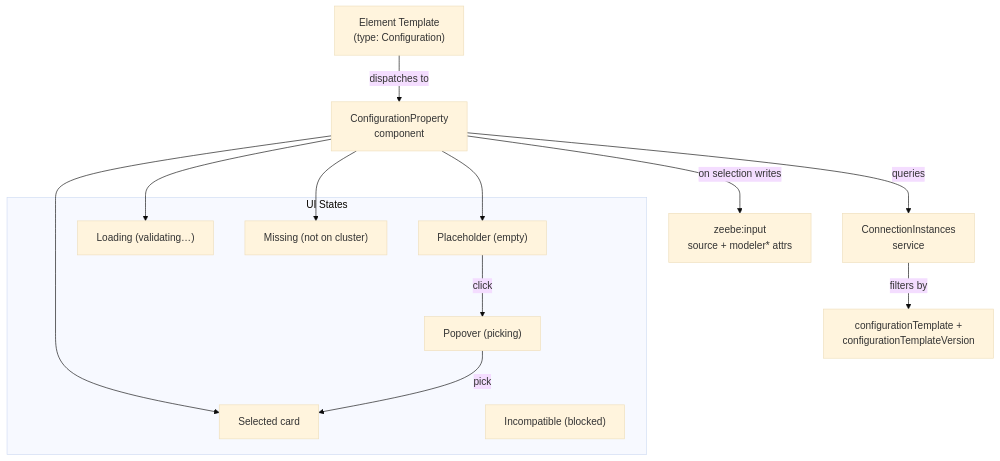
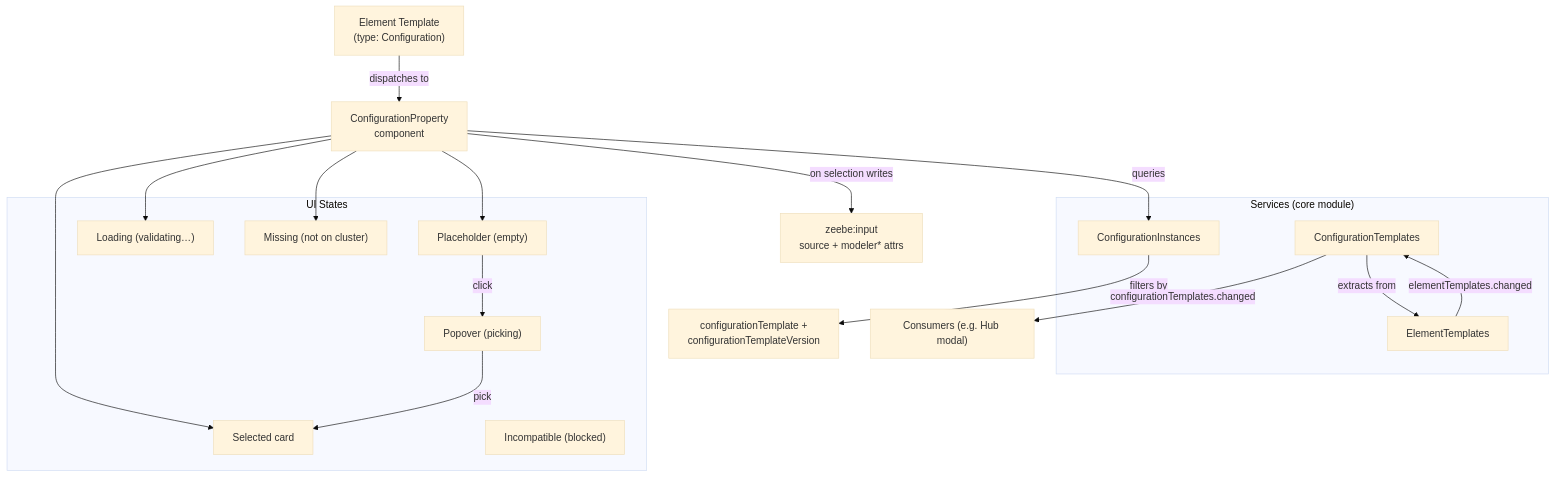
Before and after one commit to bpmn-io/bpmn-js-element-templates: the first of 2 diagrams in CONNECTIONS_DESIGN_README.md, drawn with Mermaid (base theme). The commit also changed other lines of this file and 6 other files, not shown here.

Commit message:
WIP add ConfigurationTemplates module

````diff
--- a/CONNECTIONS_DESIGN_README.md
+++ b/CONNECTIONS_DESIGN_README.md
@@ -7,20 +7,28 @@
 ```mermaid
 flowchart TD
     ET["Element Template<br/>(type: Configuration)"] -->|dispatches to| CP["ConfigurationProperty<br/>component"]
-    CP -->|queries| CI["ConnectionInstances<br/>service"]
+    CP -->|queries| CI["ConfigurationInstances<br/>service"]
     CI -->|filters by| TR["configurationTemplate +<br/>configurationTemplateVersion"]
     CP -->|on selection writes| XML["zeebe:input<br/>source + modeler* attrs"]
+
+    subgraph "Services (core module)"
+        CT["ConfigurationTemplates"] -->|extracts from| ETS["ElementTemplates"]
+        CI["ConfigurationInstances"]
+    end
+
+    ETS -->|elementTemplates.changed| CT
+    CT -->|configurationTemplates.changed| Consumers["Consumers (e.g. Hub modal)"]
 
     subgraph "UI States"
         S1["Placeholder (empty)"]
         S2["Popover (picking)"]
         S3["Selected card"]
         S4["Loading (validating…)"]
         S5["Missing (not on cluster)"]
         S6["Incompatible (blocked)"]
     end
 
     CP --> S1 & S3 & S4 & S5
     S1 -->|click| S2
     S2 -->|pick| S3
 ```
````
